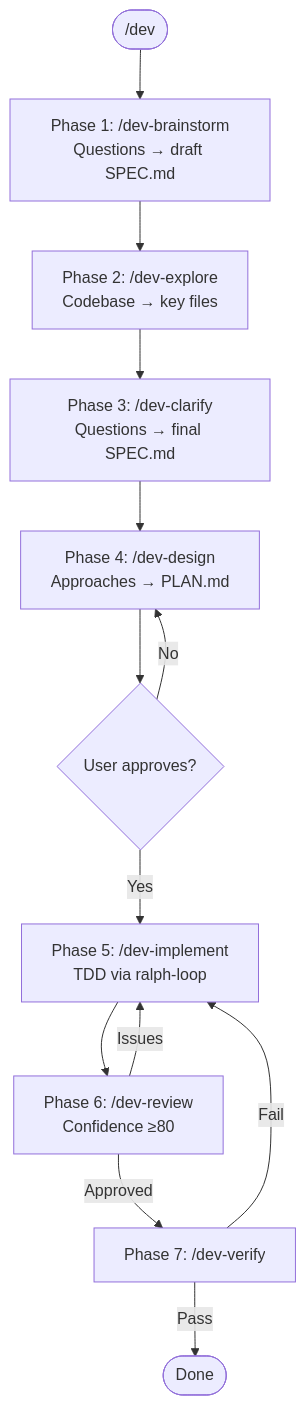
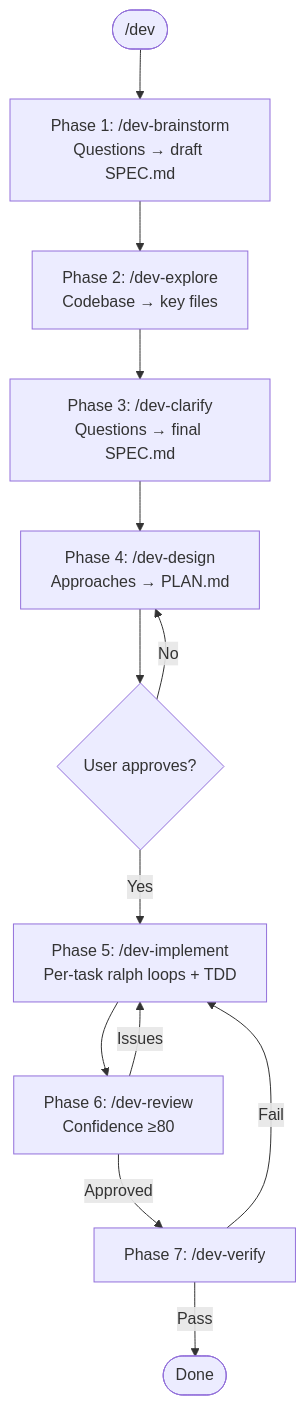
One commit to edwinhu/claude-plugins changed the diagram in plugins/workflows/skills/dev/SKILL.md. Above: the diagram before and after it, drawn with Mermaid. The commit also changed other lines of this file and 3 other files, not shown here.

First line of the commit message:
feat: per-task ralph loops instead of one feature loop

````diff
--- a/plugins/workflows/skills/dev/SKILL.md
+++ b/plugins/workflows/skills/dev/SKILL.md
@@ -75,15 +75,15 @@
 ```mermaid
 flowchart TD
     Start(["/dev"]) --> Brainstorm["Phase 1: /dev-brainstorm<br/>Questions → draft SPEC.md"]
     Brainstorm --> Explore["Phase 2: /dev-explore<br/>Codebase → key files"]
     Explore --> Clarify["Phase 3: /dev-clarify<br/>Questions → final SPEC.md"]
     Clarify --> Design["Phase 4: /dev-design<br/>Approaches → PLAN.md"]
     Design --> Gate{User approves?}
     Gate -->|No| Design
-    Gate -->|Yes| Implement["Phase 5: /dev-implement<br/>TDD via ralph-loop"]
+    Gate -->|Yes| Implement["Phase 5: /dev-implement<br/>Per-task ralph loops + TDD"]
     Implement --> Review["Phase 6: /dev-review<br/>Confidence ≥80"]
     Review -->|Issues| Implement
     Review -->|Approved| Verify["Phase 7: /dev-verify"]
     Verify -->|Fail| Implement
     Verify -->|Pass| Complete([Done])
 ```
````
